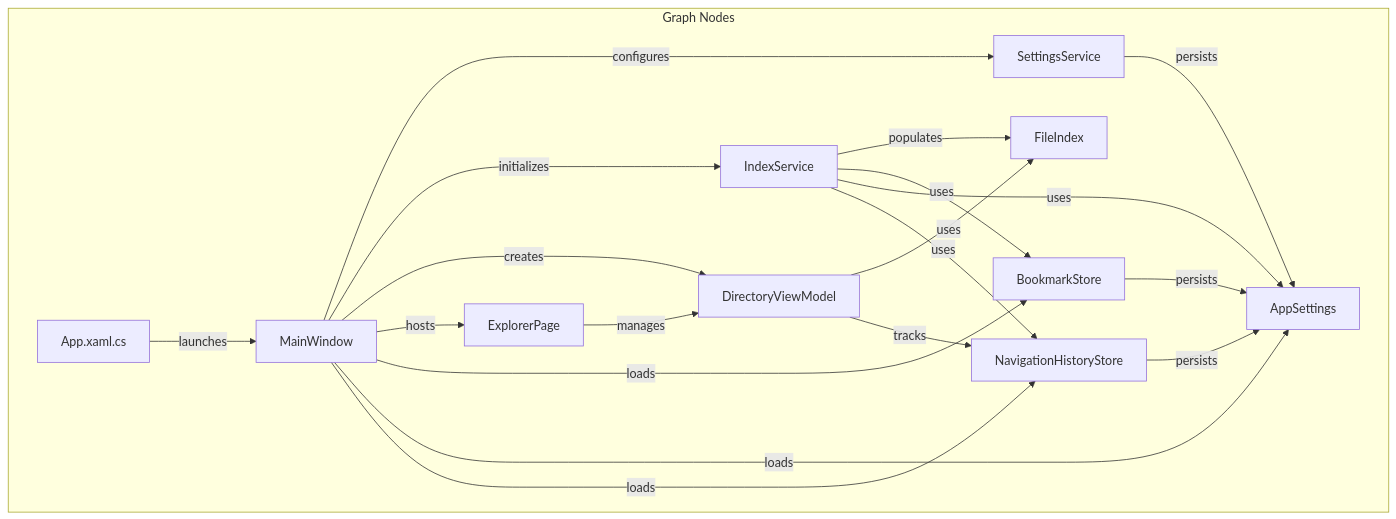
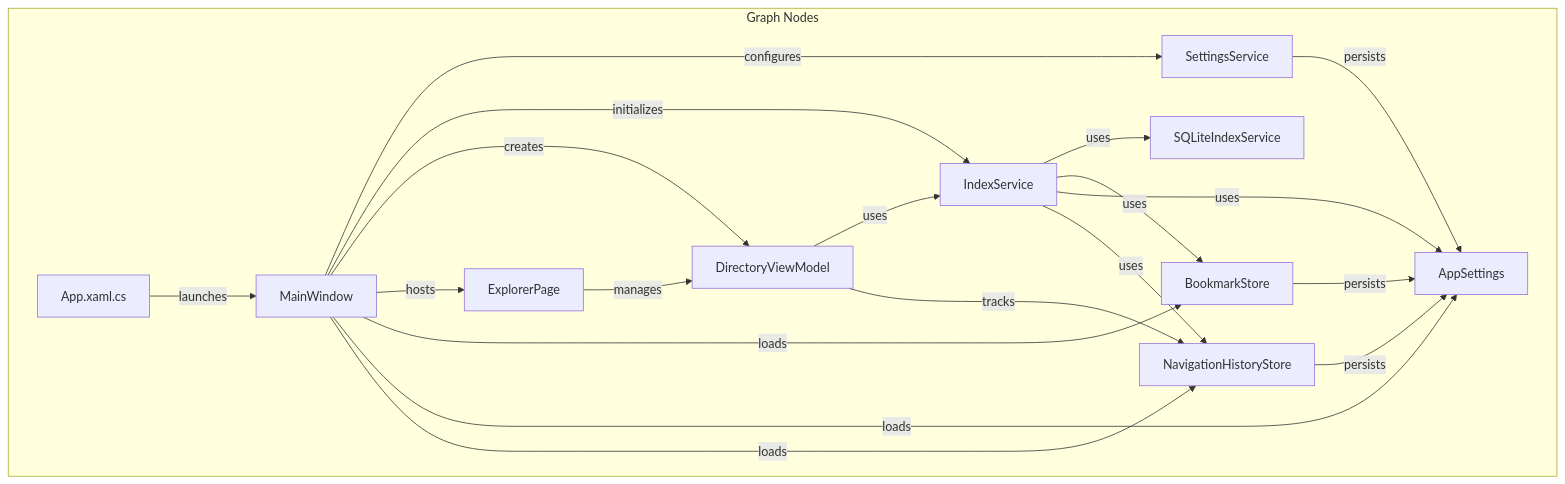
Before and after one commit to iamenianc/Filey: the diagram in CODEBASE_CONTEXT_GRAPH.md, drawn with Mermaid. The commit also changed other lines of this file, not shown here.

Commit message:
Update CODEBASE_CONTEXT_GRAPH.md to reflect SQLite indexing architecture

````diff
--- a/CODEBASE_CONTEXT_GRAPH.md
+++ b/CODEBASE_CONTEXT_GRAPH.md
@@ -28,37 +28,37 @@
 ```mermaid
 graph TD
     subgraph Nodes["Graph Nodes"]
         N1[App.xaml.cs]
         N2[MainWindow]
         N3[SettingsService]
         N4[IndexService]
         N5[DirectoryViewModel]
         N6[ExplorerPage]
-        N7[FileIndex]
+        N7[SQLiteIndexService]
         N8[BookmarkStore]
         N9[AppSettings]
         N10[NavigationHistoryStore]
     end
 
     N1 -->|launches| N2
     N2 -->|configures| N3
     N2 -->|initializes| N4
     N2 -->|creates| N5
     N2 -->|hosts| N6
     N2 -->|loads| N8
     N2 -->|loads| N9
     N2 -->|loads| N10
 
-    N4 -->|populates| N7
+    N4 -->|uses| N7
     N4 -->|uses| N8
     N4 -->|uses| N9
     N4 -->|uses| N10
 
     N6 -->|manages| N5
-    N5 -->|uses| N7
+    N5 -->|uses| N4
     N5 -->|tracks| N10
 
     N3 -->|persists| N9
     N8 -->|persists| N9
     N10 -->|persists| N9
 ```
````
